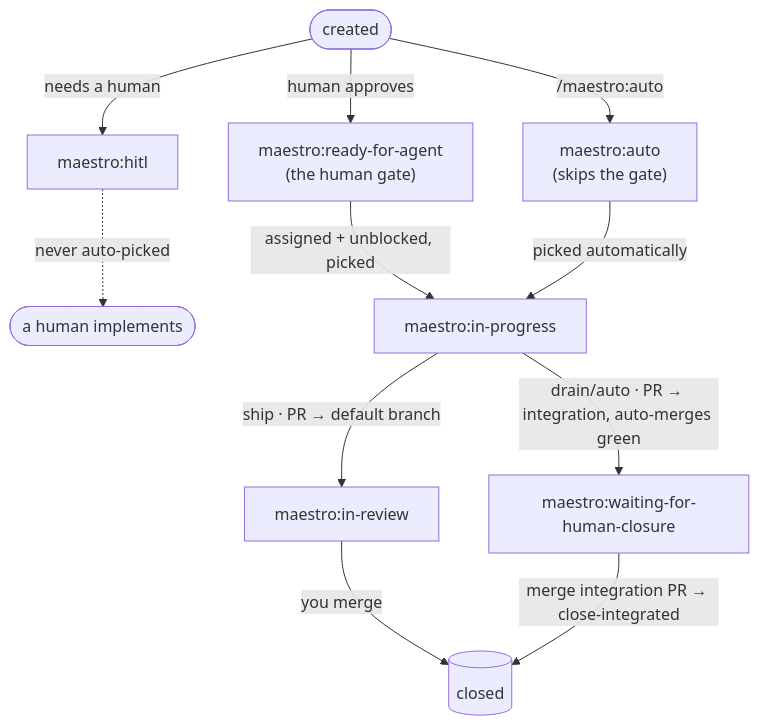
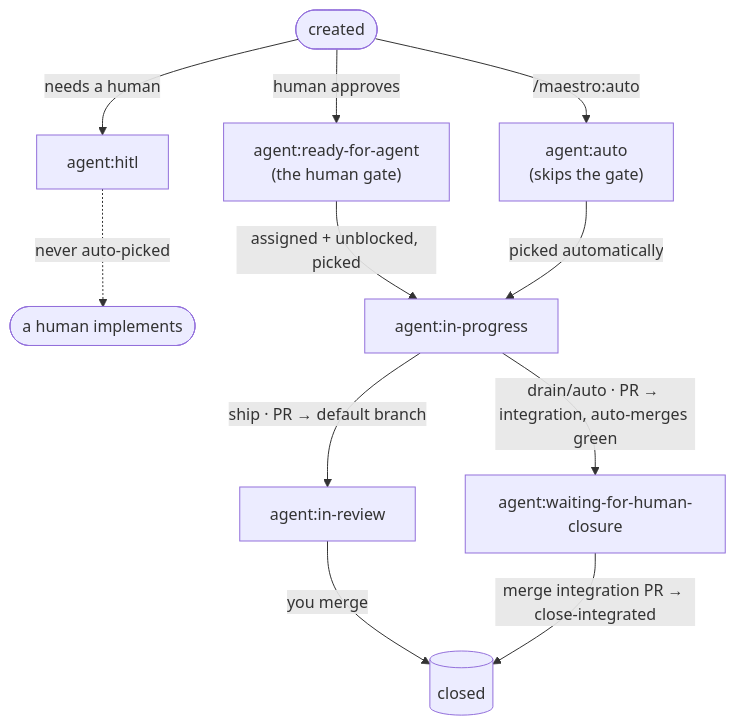
The diagram in docs/GLOSSARY.md (neelneelpurk/maestro), drawn with Mermaid before and after one commit. The commit also changed other lines of this file and 27 other files, not shown here.

Commit message:
Generalize auto into a goal-driven loop harness; agent: labels; fix integration PR title/body; strengthen multi-user support (#38)

````diff
--- a/docs/GLOSSARY.md
+++ b/docs/GLOSSARY.md
@@ -47,26 +47,26 @@
 ```mermaid
 flowchart TD
     created([created])
-    rfa["maestro:ready-for-agent<br/>(the human gate)"]
-    auto["maestro:auto<br/>(skips the gate)"]
-    hitl["maestro:hitl"]
+    rfa["agent:ready-for-agent<br/>(the human gate)"]
+    auto["agent:auto<br/>(skips the gate)"]
+    hitl["agent:hitl"]
     human([a human implements])
-    prog["maestro:in-progress"]
-    review["maestro:in-review"]
-    waiting["maestro:waiting-for-human-closure"]
+    prog["agent:in-progress"]
+    review["agent:in-review"]
+    waiting["agent:waiting-for-human-closure"]
     closed[(closed)]
 
     created -->|human approves| rfa
     created -->|"/maestro:auto"| auto
     created -->|needs a human| hitl
     hitl -.->|never auto-picked| human
 
     rfa -->|assigned + unblocked, picked| prog
     auto -->|picked automatically| prog
 
     prog -->|"ship · PR → default branch"| review
     review -->|you merge| closed
 
     prog -->|"drain/auto · PR → integration, auto-merges green"| waiting
     waiting -->|"merge integration PR → close-integrated"| closed
 ```
````
